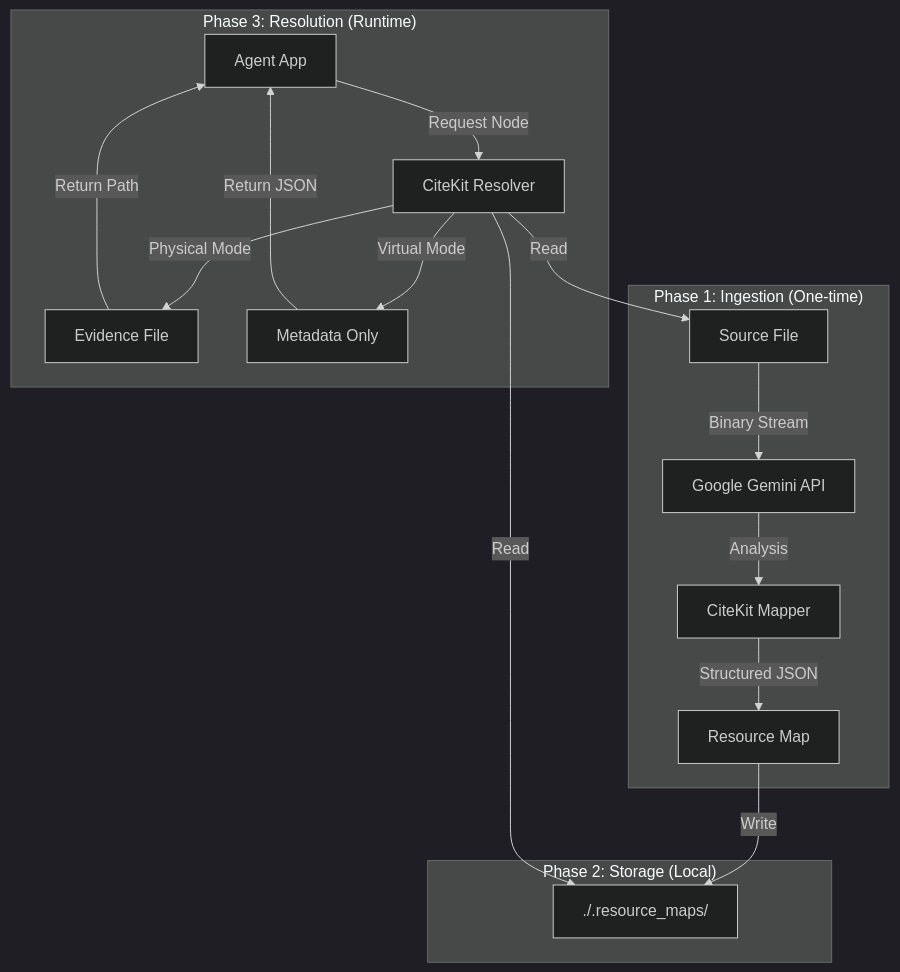
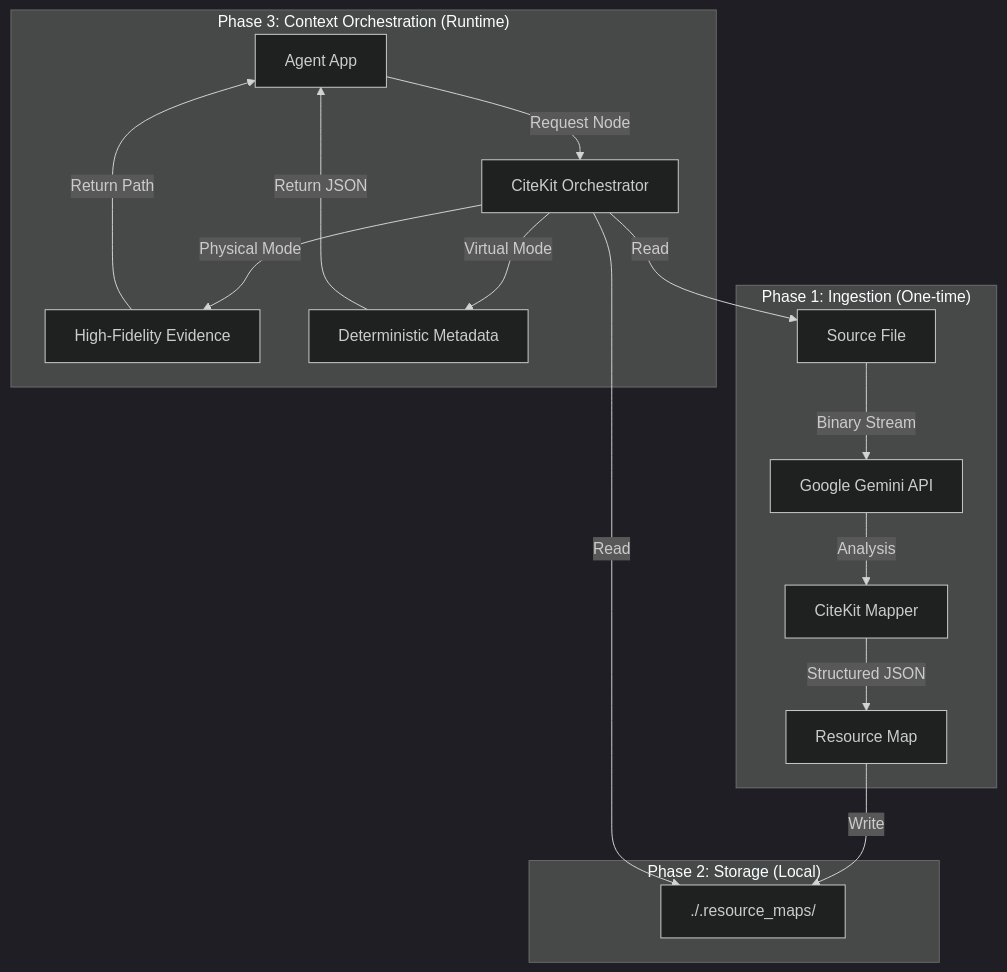
One commit to abdushakurob/citekit changed the diagram in docs/guide/concepts/architecture.md. Above: the diagram before and after it, drawn with Mermaid (dark theme). The commit also changed 11 other files, not shown here.

````diff
--- a/docs/guide/concepts/architecture.md
+++ b/docs/guide/concepts/architecture.md
@@ -15,22 +15,22 @@
 ```mermaid
 graph TD
     subgraph "Phase 1: Ingestion (One-time)"
     A[Source File] -->|Binary Stream| B[Google Gemini API]
     B -->|Analysis| C[CiteKit Mapper]
     C -->|Structured JSON| D[Resource Map]
     end
 
     subgraph "Phase 2: Storage (Local)"
     D -->|Write| E[./.resource_maps/]
     end
 
-    subgraph "Phase 3: Resolution (Runtime)"
-    App[Agent App] -->|Request Node| F[CiteKit Resolver]
+    subgraph "Phase 3: Context Orchestration (Runtime)"
+    App[Agent App] -->|Request Node| F[CiteKit Orchestrator]
     F -->|Read| E
     F -->|Read| A
-    F -->|Physical Mode| G[Evidence File]
-    F -->|Virtual Mode| H[Metadata Only]
+    F -->|Physical Mode| G[High-Fidelity Evidence]
+    F -->|Virtual Mode| H[Deterministic Metadata]
     G -->|Return Path| App
     H -->|Return JSON| App
     end
 ```
````
